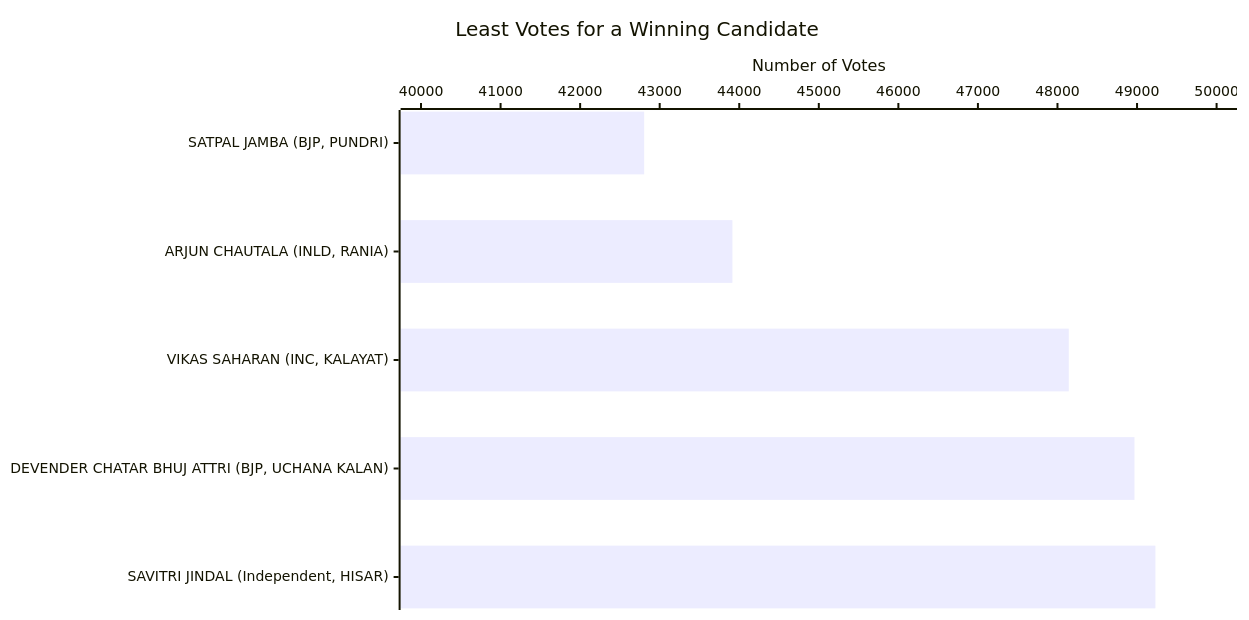
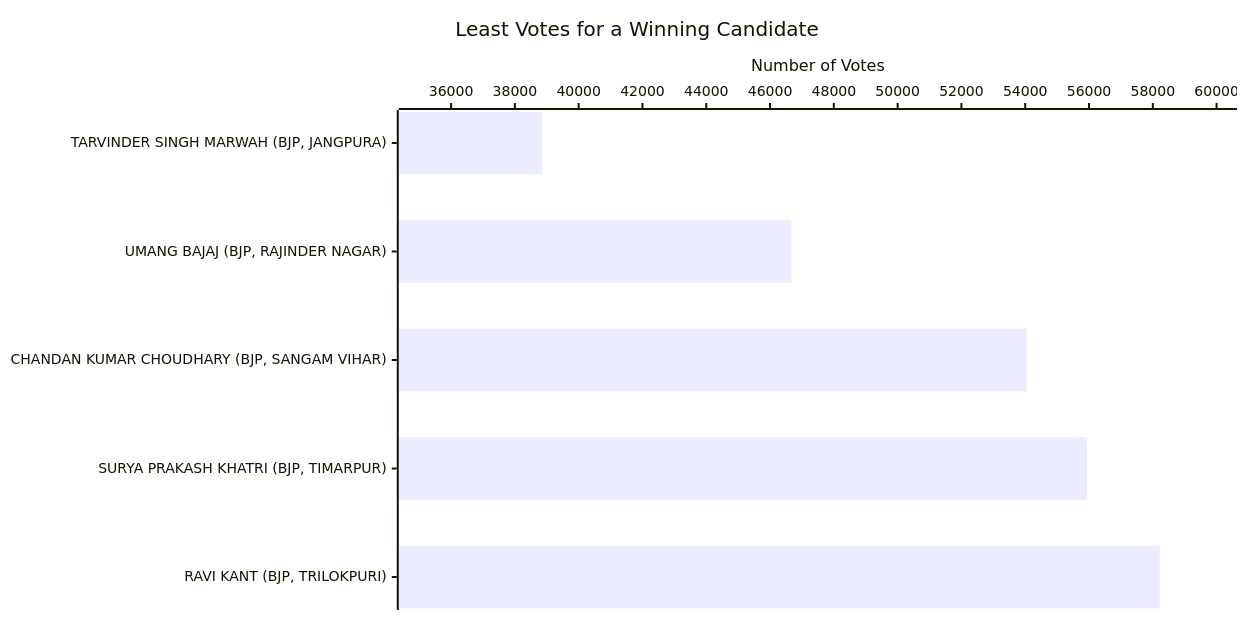
Before and after one commit to arjunswaj/elections: the third of 19 diagrams in NEWDELHI-GRAPH.md, drawn with Mermaid. The commit also changed other lines of this file, not shown here.

Commit message:
Updating the Graphical format

````diff
--- a/NEWDELHI-GRAPH.md
+++ b/NEWDELHI-GRAPH.md
@@ -82,14 +82,14 @@
 ```mermaid
 ---
 config:
     xyChart:
         width: 1200
         height: 600
         chartOrientation: horizontal
 ---
 xychart-beta
     title "Least Votes for a Winning Candidate"
-    x-axis ["SATPAL JAMBA (BJP, PUNDRI)", "ARJUN CHAUTALA (INLD, RANIA)", "VIKAS SAHARAN (INC, KALAYAT)", "DEVENDER CHATAR BHUJ ATTRI (BJP, UCHANA KALAN)", "SAVITRI JINDAL (Independent, HISAR)"]
-    y-axis "Number of Votes" 40000 --> 50000
-    bar [42805, 43914, 48142, 48968, 49231]
+    x-axis ["TARVINDER SINGH MARWAH (BJP, JANGPURA)", "UMANG BAJAJ (BJP, RAJINDER NAGAR)", "CHANDAN KUMAR CHOUDHARY (BJP, SANGAM VIHAR)", "SURYA PRAKASH KHATRI (BJP, TIMARPUR)", "RAVI KANT (BJP, TRILOKPURI)"]
+    y-axis "Number of Votes" 35000 --> 60000
+    bar [38859, 46671, 54049, 55941, 58217]
 ```
````
